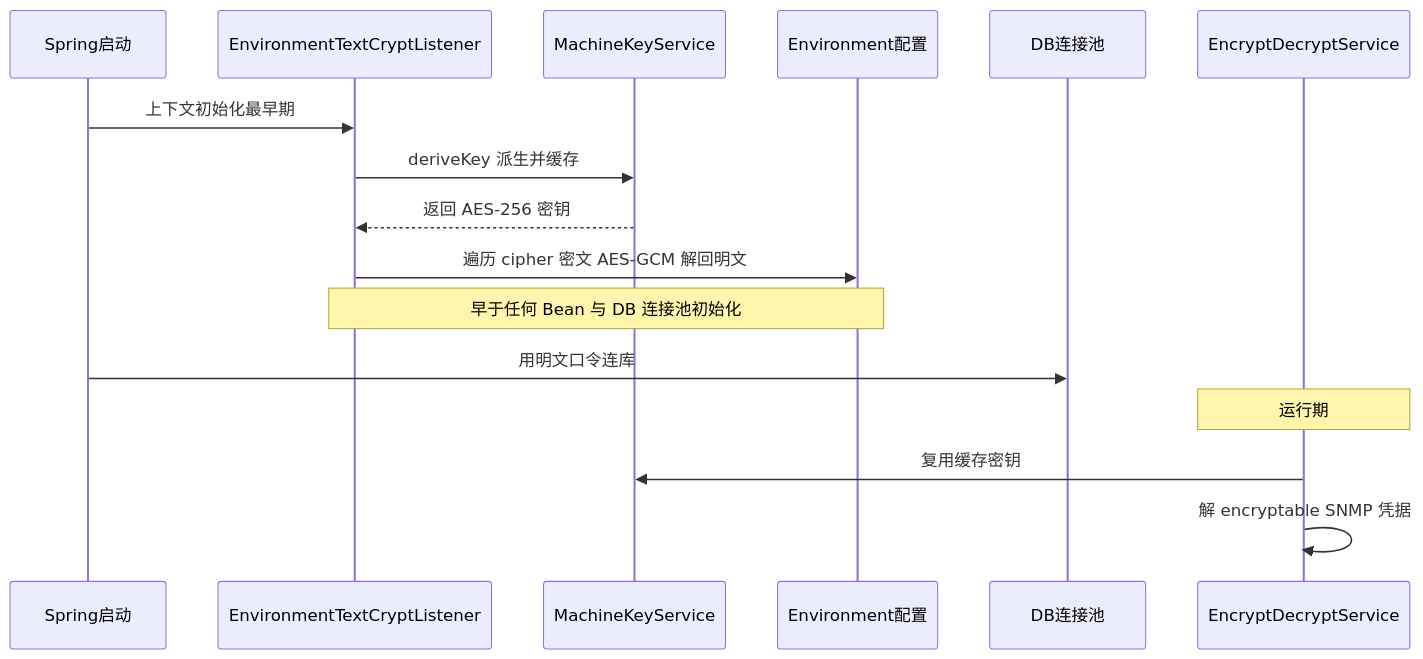
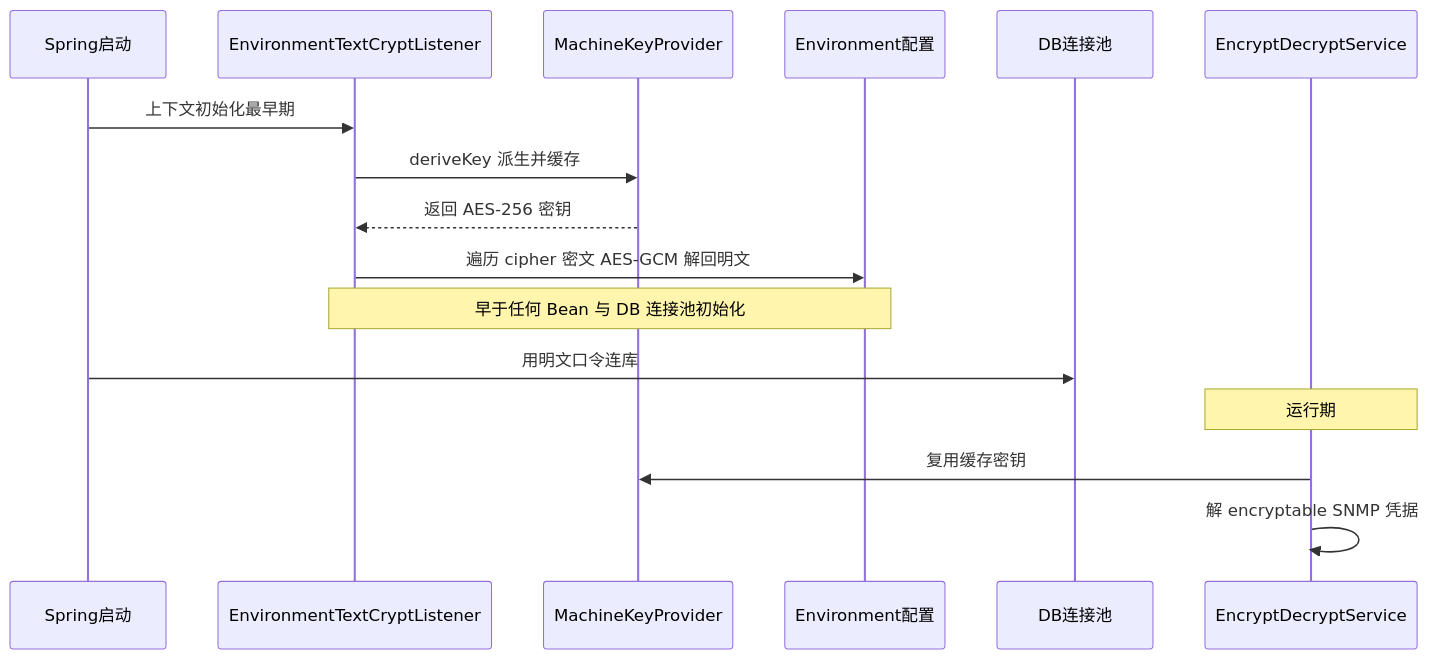
Before and after one commit to vb-wjt/study: the third of 8 diagrams in origin/2-projects/vertiv/PI/experience/v4.0/security-fix/design/crypto-key-management-solution.md, drawn with Mermaid. The commit also changed other lines of this file and 6 other files, not shown here.

````diff
--- a/origin/2-projects/vertiv/PI/experience/v4.0/security-fix/design/crypto-key-management-solution.md
+++ b/origin/2-projects/vertiv/PI/experience/v4.0/security-fix/design/crypto-key-management-solution.md
@@ -164,19 +191,19 @@
 ```mermaid
 sequenceDiagram
   participant Boot as Spring启动
   participant LST as EnvironmentTextCryptListener
-  participant MKS as MachineKeyService
+  participant MKS as MachineKeyProvider
   participant ENV as Environment配置
   participant POOL as DB连接池
   participant EDS as EncryptDecryptService
 
   Boot->>LST: 上下文初始化最早期
   LST->>MKS: deriveKey 派生并缓存
   MKS-->>LST: 返回 AES-256 密钥
   LST->>ENV: 遍历 cipher 密文 AES-GCM 解回明文
   Note over LST,ENV: 早于任何 Bean 与 DB 连接池初始化
   Boot->>POOL: 用明文口令连库
   Note over EDS: 运行期
   EDS->>MKS: 复用缓存密钥
   EDS->>EDS: 解 encryptable SNMP 凭据
 ```
````
